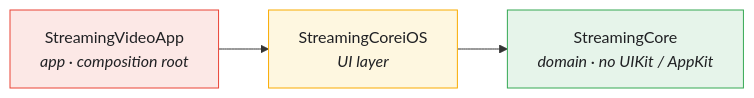
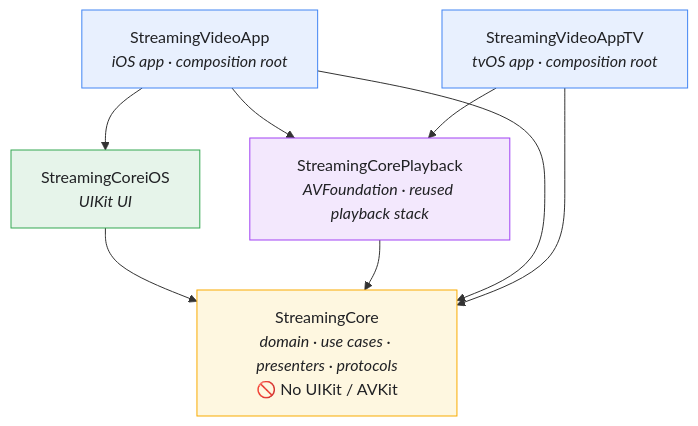
The diagram in README.md (tattva20/StreamingVideoApp), drawn with Mermaid before and after one commit. The commit also changed other lines of this file and 20 other files, not shown here.

First line of the commit message:
Refresh docs to match current architecture

````diff
--- a/README.md
+++ b/README.md
@@ -154,12 +134,25 @@
 ```mermaid
-flowchart LR
-    App["StreamingVideoApp<br/><i>app · composition root</i>"] --> iOS["StreamingCoreiOS<br/><i>UI layer</i>"]
-    iOS --> Core["StreamingCore<br/><i>domain · no UIKit / AppKit</i>"]
+flowchart TB
+    iOSApp["StreamingVideoApp<br/><i>iOS app · composition root</i>"]
+    tvApp["StreamingVideoAppTV<br/><i>tvOS app · composition root</i>"]
+    iOS["StreamingCoreiOS<br/><i>UIKit UI</i>"]
+    Playback["StreamingCorePlayback<br/><i>AVFoundation · reused playback stack</i>"]
+    Core["StreamingCore<br/><i>domain · use cases · presenters · protocols</i><br/>🚫 No UIKit / AVKit"]
 
-    classDef app fill:#fce8e6,stroke:#ea4335,color:#202124;
-    classDef ios fill:#fef7e0,stroke:#f9ab00,color:#202124;
-    classDef core fill:#e6f4ea,stroke:#34a853,color:#202124;
-    class App app
+    iOSApp --> iOS
+    iOSApp --> Playback
+    tvApp --> Playback
+    iOS --> Core
+    Playback --> Core
+    iOSApp --> Core
+    tvApp --> Core
+
+    classDef app fill:#e8f0fe,stroke:#4285f4,color:#202124;
+    classDef ios fill:#e6f4ea,stroke:#34a853,color:#202124;
+    classDef pb fill:#f3e8fd,stroke:#a142f4,color:#202124;
+    classDef core fill:#fef7e0,stroke:#f9ab00,color:#202124;
+    class iOSApp,tvApp app
     class iOS ios
+    class Playback pb
     class Core core
 ```
````
